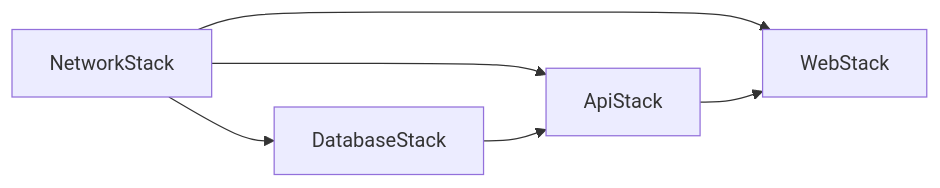
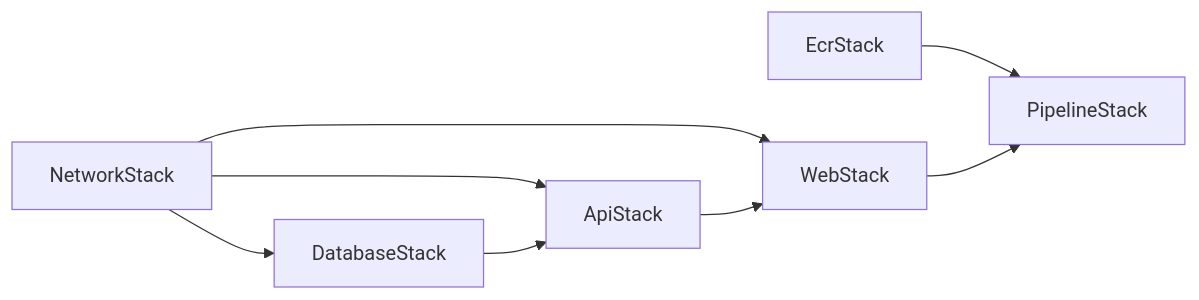
Before and after one commit to kenwoo9y/forge-ts-example: the second of 5 diagrams in docs/infra-architecture.md, drawn with Mermaid. The commit also changed other lines of this file, not shown here.

````diff
--- a/docs/infra-architecture.md
+++ b/docs/infra-architecture.md
@@ -84,8 +92,10 @@
 ```mermaid
 graph LR
     NS[NetworkStack] --> DS[DatabaseStack]
     NS --> AS[ApiStack]
     NS --> WS[WebStack]
     DS --> AS
     AS --> WS
+    ECR[EcrStack] --> PS[PipelineStack]
+    WS --> PS
 ```
````
